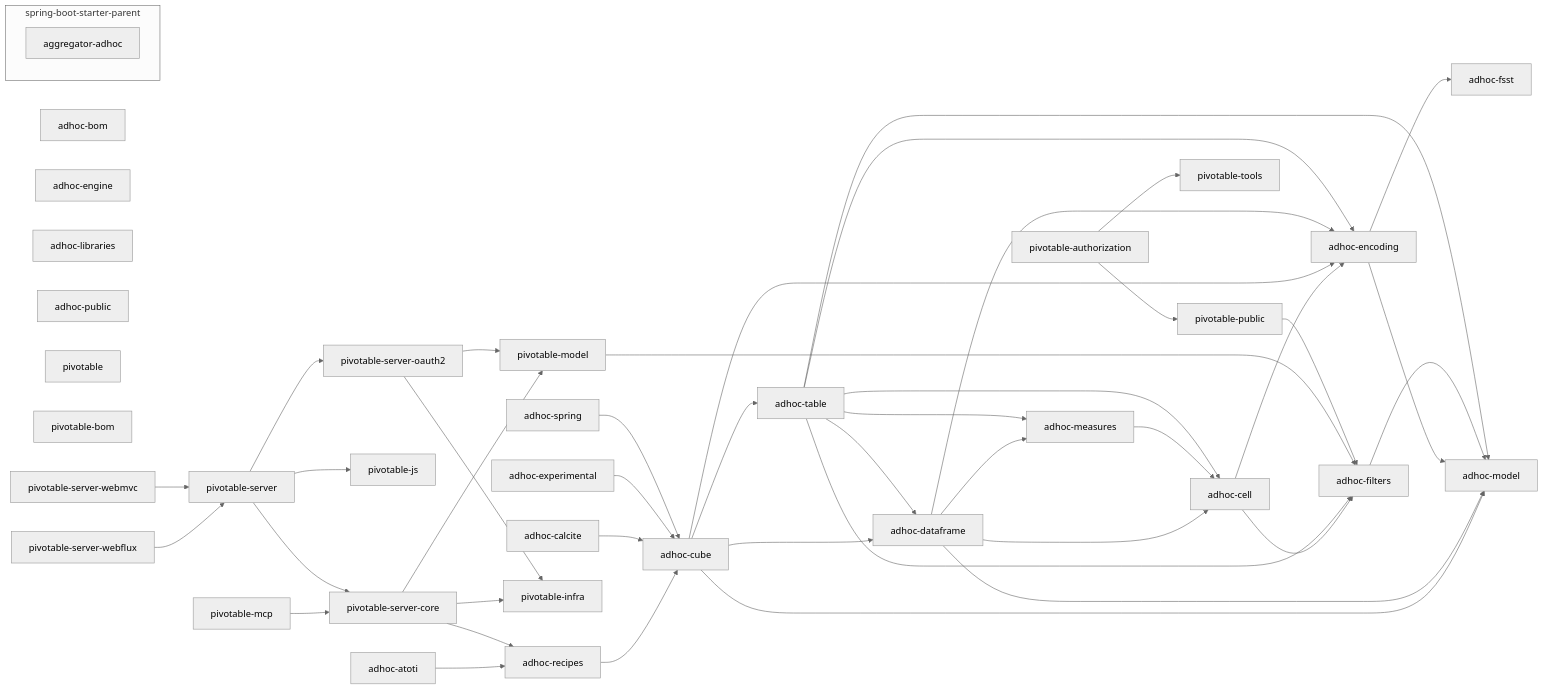
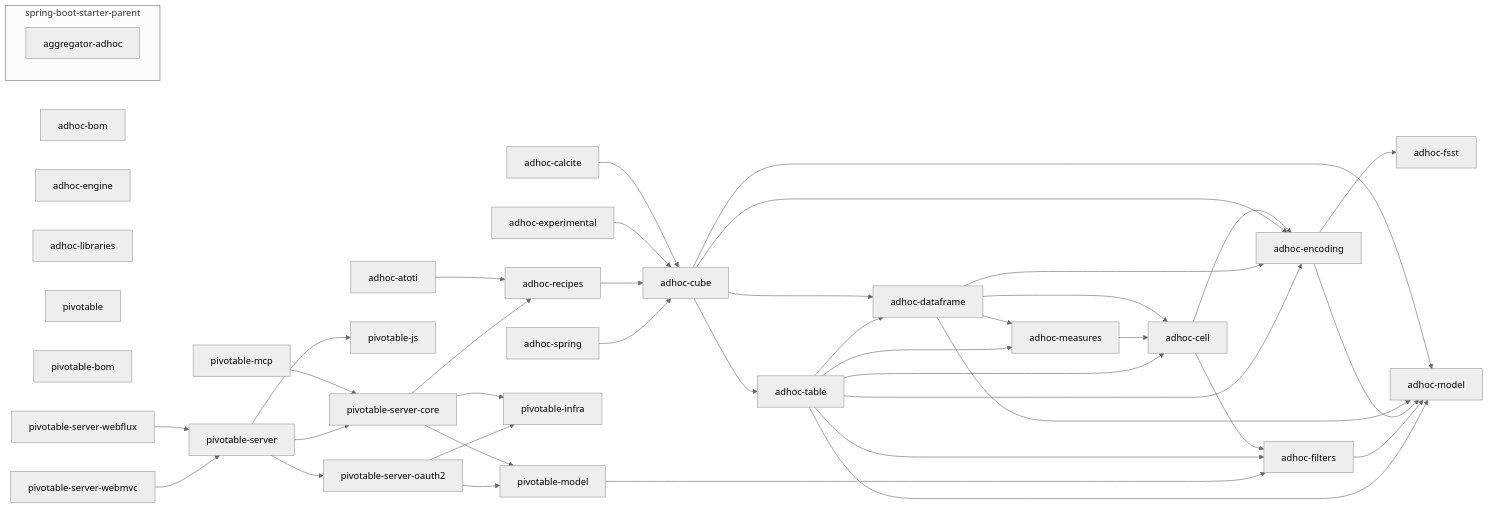
One commit to solven-eu/adhoc changed the diagram in docs/DEPENDENCIES.mmd. Above: the diagram before and after it, drawn with Mermaid (neutral theme). The commit also changed 3 other files, not shown here.

Commit message:
Fix Graph on module changes

```diff
--- a/docs/DEPENDENCIES.mmd
+++ b/docs/DEPENDENCIES.mmd
@@ -1,78 +1,71 @@
 flowchart LR
-    adhoc_recipes["adhoc-recipes"]
     adhoc_atoti["adhoc-atoti"]
     adhoc_bom["adhoc-bom"]
     adhoc_calcite["adhoc-calcite"]
     adhoc_cell["adhoc-cell"]
     adhoc_cube["adhoc-cube"]
     adhoc_dataframe["adhoc-dataframe"]
     adhoc_encoding["adhoc-encoding"]
     adhoc_engine["adhoc-engine"]
     adhoc_experimental["adhoc-experimental"]
     adhoc_filters["adhoc-filters"]
     adhoc_fsst["adhoc-fsst"]
     adhoc_libraries["adhoc-libraries"]
     adhoc_measures["adhoc-measures"]
     adhoc_model["adhoc-model"]
-    adhoc_public["adhoc-public"]
+    adhoc_recipes["adhoc-recipes"]
     adhoc_spring["adhoc-spring"]
     adhoc_table["adhoc-table"]
     pivotable["pivotable"]
-    pivotable_authorization["pivotable-authorization"]
     pivotable_bom["pivotable-bom"]
     pivotable_infra["pivotable-infra"]
     pivotable_js["pivotable-js"]
     pivotable_mcp["pivotable-mcp"]
     pivotable_model["pivotable-model"]
-    pivotable_public["pivotable-public"]
     pivotable_server["pivotable-server"]
     pivotable_server_core["pivotable-server-core"]
     pivotable_server_oauth2["pivotable-server-oauth2"]
     pivotable_server_webflux["pivotable-server-webflux"]
     pivotable_server_webmvc["pivotable-server-webmvc"]
-    pivotable_tools["pivotable-tools"]
 
     subgraph spring-boot-starter-parent
         aggregator_adhoc["aggregator-adhoc"]
     end
 
-    adhoc_recipes --> adhoc_cube
     adhoc_atoti --> adhoc_recipes
     adhoc_calcite --> adhoc_cube
     adhoc_cell --> adhoc_encoding
     adhoc_cell --> adhoc_filters
     adhoc_cube --> adhoc_dataframe
     adhoc_cube --> adhoc_encoding
     adhoc_cube --> adhoc_model
     adhoc_cube --> adhoc_table
     adhoc_dataframe --> adhoc_cell
     adhoc_dataframe --> adhoc_encoding
     adhoc_dataframe --> adhoc_measures
     adhoc_dataframe --> adhoc_model
     adhoc_encoding --> adhoc_fsst
     adhoc_encoding --> adhoc_model
     adhoc_experimental --> adhoc_cube
     adhoc_filters --> adhoc_model
     adhoc_measures --> adhoc_cell
+    adhoc_recipes --> adhoc_cube
     adhoc_spring --> adhoc_cube
     adhoc_table --> adhoc_cell
     adhoc_table --> adhoc_dataframe
     adhoc_table --> adhoc_encoding
     adhoc_table --> adhoc_filters
     adhoc_table --> adhoc_measures
     adhoc_table --> adhoc_model
-    pivotable_authorization --> pivotable_public
-    pivotable_authorization --> pivotable_tools
     pivotable_mcp --> pivotable_server_core
     pivotable_model --> adhoc_filters
-    pivotable_public --> adhoc_filters
     pivotable_server --> pivotable_js
     pivotable_server --> pivotable_server_core
     pivotable_server --> pivotable_server_oauth2
     pivotable_server_core --> adhoc_recipes
     pivotable_server_core --> pivotable_infra
     pivotable_server_core --> pivotable_model
     pivotable_server_oauth2 --> pivotable_infra
     pivotable_server_oauth2 --> pivotable_model
     pivotable_server_webflux --> pivotable_server
     pivotable_server_webmvc --> pivotable_server
```
